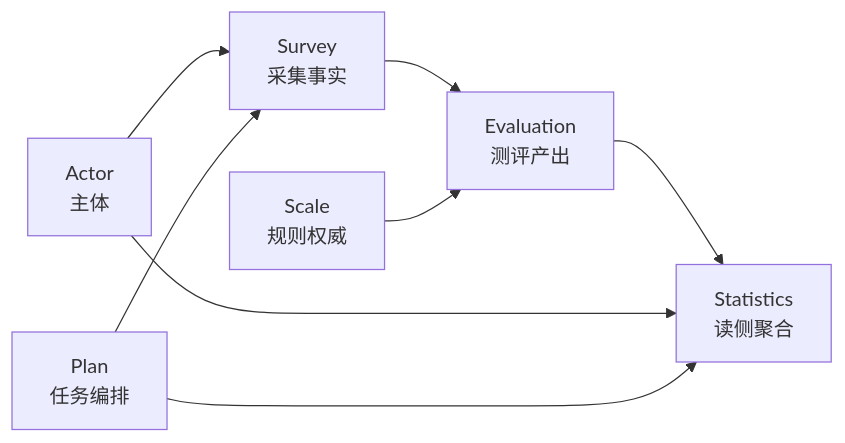
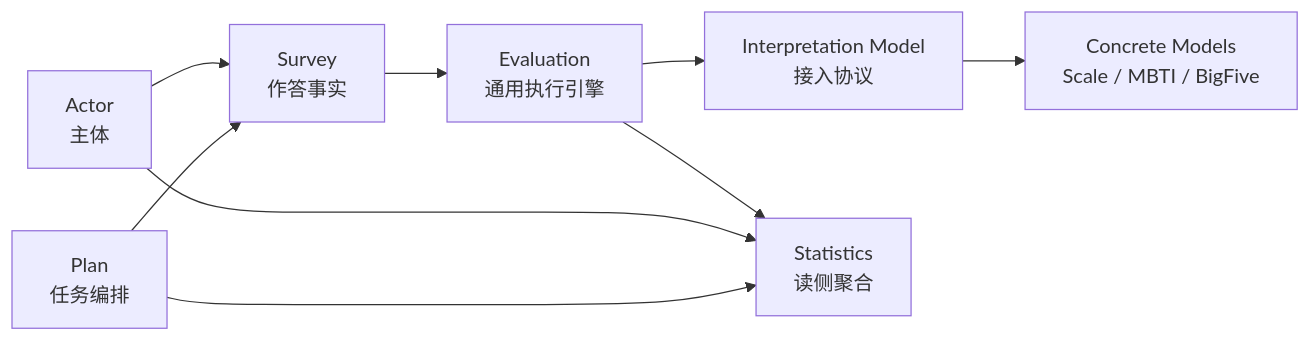
The third of 8 diagrams in docs/06-宣讲/09-30分钟技术分享脚本.md (FangcunMount/qs-server), drawn with Mermaid before and after one commit. The commit also changed other lines of this file and 25 other files, not shown here.

````diff
--- a/docs/06-宣讲/09-30分钟技术分享脚本.md
+++ b/docs/06-宣讲/09-30分钟技术分享脚本.md
@@ -224,17 +238,19 @@
 ```mermaid
 flowchart LR
     Actor["Actor<br/>主体"]
     Plan["Plan<br/>任务编排"]
-    Survey["Survey<br/>采集事实"]
-    Scale["Scale<br/>规则权威"]
-    Evaluation["Evaluation<br/>测评产出"]
+    Survey["Survey<br/>作答事实"]
+    IM["Interpretation Model<br/>接入协议"]
+    Models["Concrete Models<br/>Scale / MBTI / BigFive"]
+    Evaluation["Evaluation<br/>通用执行引擎"]
     Statistics["Statistics<br/>读侧聚合"]
 
     Actor --> Survey
     Plan --> Survey
     Survey --> Evaluation
-    Scale --> Evaluation
+    Evaluation --> IM
+    IM --> Models
     Evaluation --> Statistics
     Actor --> Statistics
     Plan --> Statistics
 ```
````
